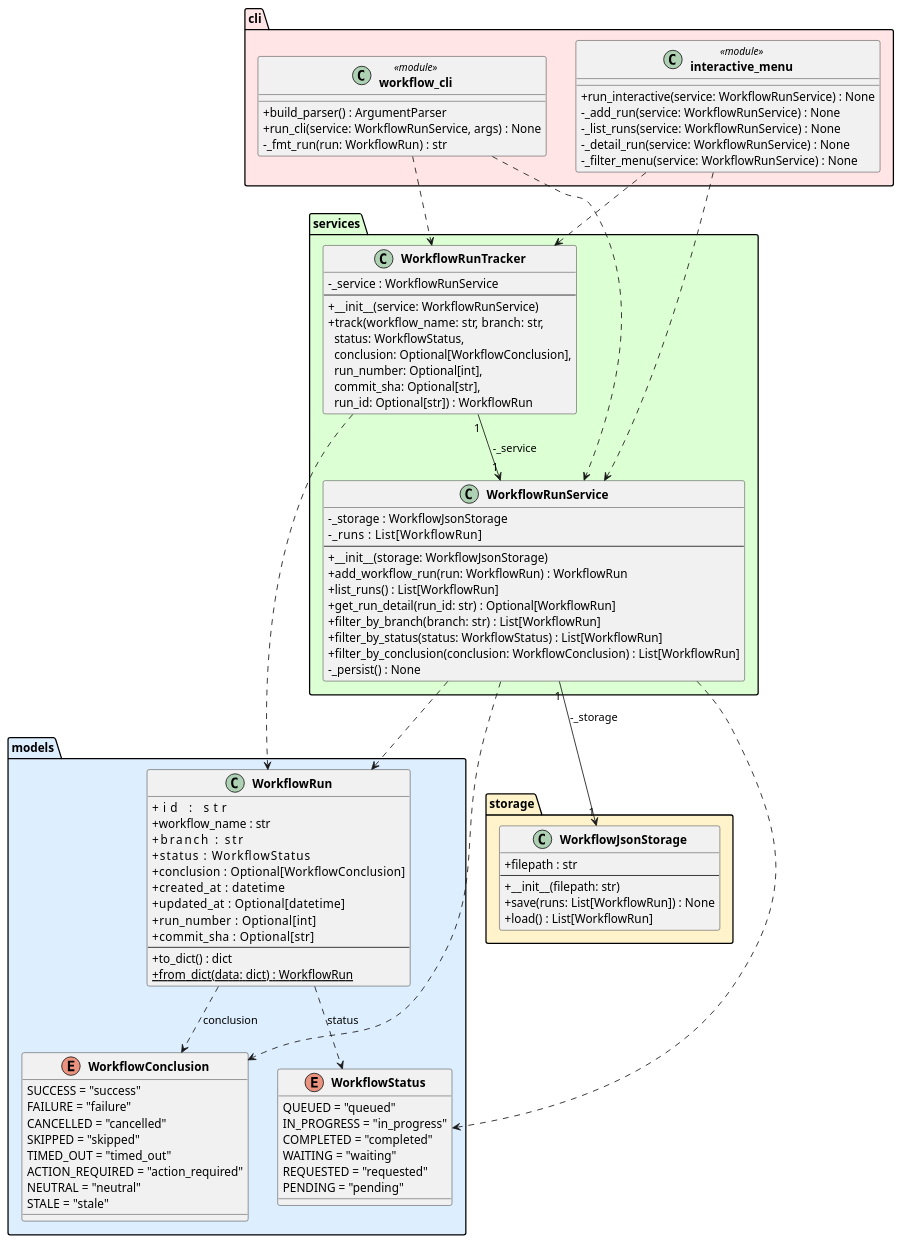
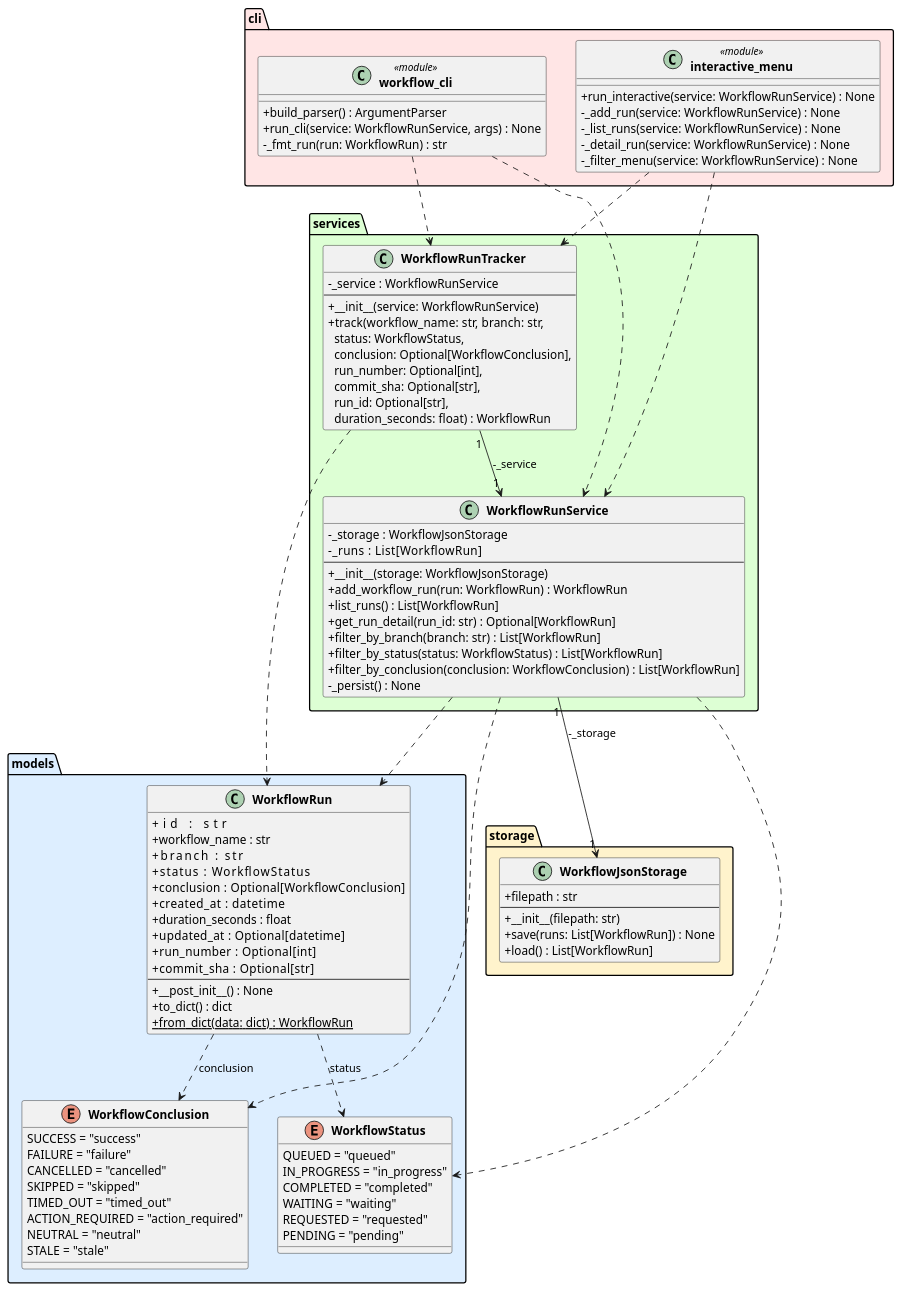
Before and after one commit to DanielRiha8906/Software_autoevolution_using_agents: the diagram in experiments/pipeline/test_driven/github-workflow-manager/artifacts/class_diagram.puml, drawn with PlantUML. The commit also changed 8 other files, not shown here.

First line of the commit message:
task 01 | add duration_seconds to WorkflowRun model

```diff
--- a/experiments/pipeline/test_driven/github-workflow-manager/artifacts/class_diagram.puml
+++ b/experiments/pipeline/test_driven/github-workflow-manager/artifacts/class_diagram.puml
@@ -1,105 +1,107 @@
 @startuml class_diagram
 
 skinparam classAttributeIconSize 0
 skinparam classFontStyle bold
 
 package "models" #DDEEFF {
     enum WorkflowStatus {
         QUEUED = "queued"
         IN_PROGRESS = "in_progress"
         COMPLETED = "completed"
         WAITING = "waiting"
         REQUESTED = "requested"
         PENDING = "pending"
     }
 
     enum WorkflowConclusion {
         SUCCESS = "success"
         FAILURE = "failure"
         CANCELLED = "cancelled"
         SKIPPED = "skipped"
         TIMED_OUT = "timed_out"
         ACTION_REQUIRED = "action_required"
         NEUTRAL = "neutral"
         STALE = "stale"
     }
 
     class WorkflowRun {
         +id            : str
         +workflow_name : str
         +branch        : str
         +status        : WorkflowStatus
         +conclusion    : Optional[WorkflowConclusion]
         +created_at    : datetime
+        +duration_seconds : float
         +updated_at    : Optional[datetime]
         +run_number    : Optional[int]
         +commit_sha    : Optional[str]
         --
+        +__post_init__() : None
         +to_dict() : dict
         +{static} from_dict(data: dict) : WorkflowRun
     }
 }
 
 package "storage" #FFF3CC {
     class WorkflowJsonStorage {
         +filepath : str
         --
         +__init__(filepath: str)
         +save(runs: List[WorkflowRun]) : None
         +load() : List[WorkflowRun]
     }
 }
 
 package "services" #DDFFD4 {
     class WorkflowRunService {
         -_storage : WorkflowJsonStorage
         -_runs    : List[WorkflowRun]
         --
         +__init__(storage: WorkflowJsonStorage)
         +add_workflow_run(run: WorkflowRun) : WorkflowRun
         +list_runs() : List[WorkflowRun]
         +get_run_detail(run_id: str) : Optional[WorkflowRun]
         +filter_by_branch(branch: str) : List[WorkflowRun]
         +filter_by_status(status: WorkflowStatus) : List[WorkflowRun]
         +filter_by_conclusion(conclusion: WorkflowConclusion) : List[WorkflowRun]
         -_persist() : None
     }
 
     class WorkflowRunTracker {
         -_service : WorkflowRunService
         --
         +__init__(service: WorkflowRunService)
-        +track(workflow_name: str, branch: str,\n  status: WorkflowStatus,\n  conclusion: Optional[WorkflowConclusion],\n  run_number: Optional[int],\n  commit_sha: Optional[str],\n  run_id: Optional[str]) : WorkflowRun
+        +track(workflow_name: str, branch: str,\n  status: WorkflowStatus,\n  conclusion: Optional[WorkflowConclusion],\n  run_number: Optional[int],\n  commit_sha: Optional[str],\n  run_id: Optional[str],\n  duration_seconds: float) : WorkflowRun
     }
 }
 
 package "cli" #FFE5E5 {
     class "workflow_cli" <<module>> {
         +build_parser() : ArgumentParser
         +run_cli(service: WorkflowRunService, args) : None
         -_fmt_run(run: WorkflowRun) : str
     }
 
     class "interactive_menu" <<module>> {
         +run_interactive(service: WorkflowRunService) : None
         -_add_run(service: WorkflowRunService) : None
         -_list_runs(service: WorkflowRunService) : None
         -_detail_run(service: WorkflowRunService) : None
         -_filter_menu(service: WorkflowRunService) : None
     }
 }
 
 WorkflowRun                ..>  WorkflowStatus        : status
 WorkflowRun                ..>  WorkflowConclusion    : conclusion
 WorkflowRunService    "1" --> "1" WorkflowJsonStorage : -_storage
 WorkflowRunService         ..>  WorkflowRun
 WorkflowRunService         ..>  WorkflowStatus
 WorkflowRunService         ..>  WorkflowConclusion
 WorkflowRunTracker    "1" --> "1" WorkflowRunService  : -_service
 WorkflowRunTracker         ..>  WorkflowRun
 "workflow_cli"             ..>  WorkflowRunService
 "workflow_cli"             ..>  WorkflowRunTracker
 "interactive_menu"         ..>  WorkflowRunService
 "interactive_menu"         ..>  WorkflowRunTracker
 
 @enduml
```
